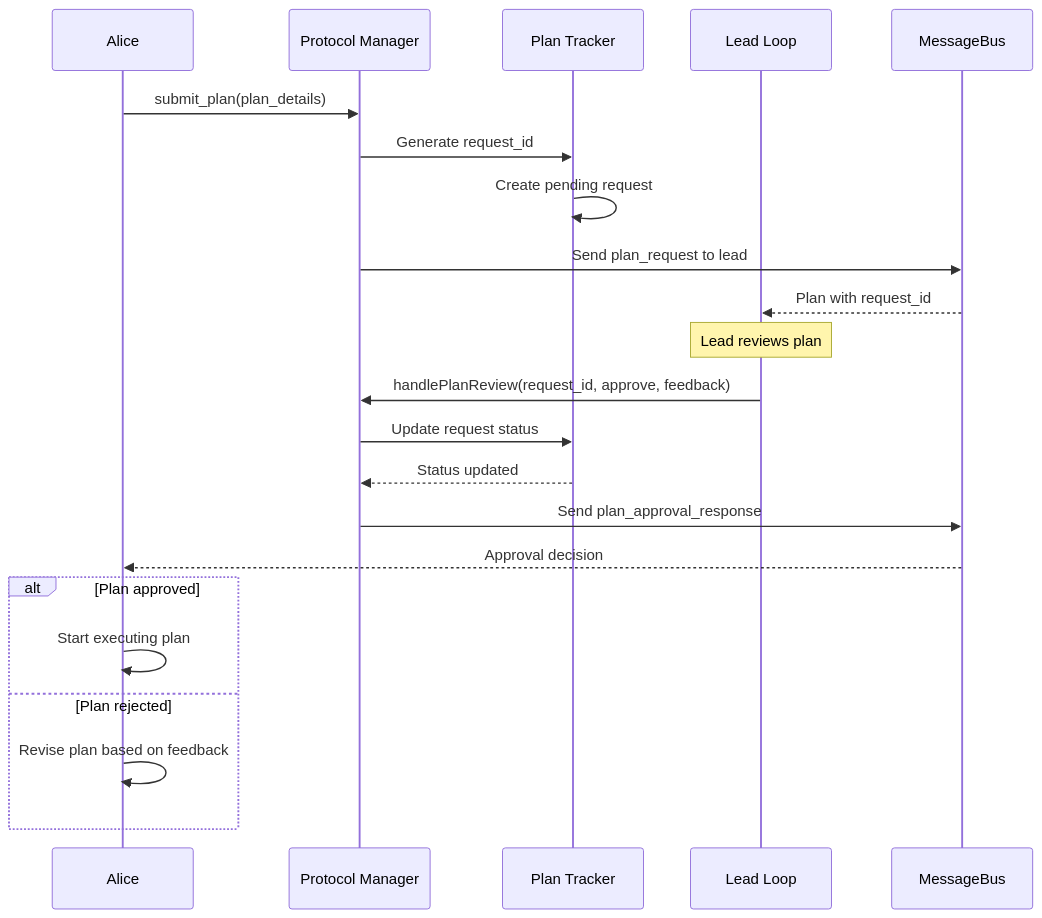
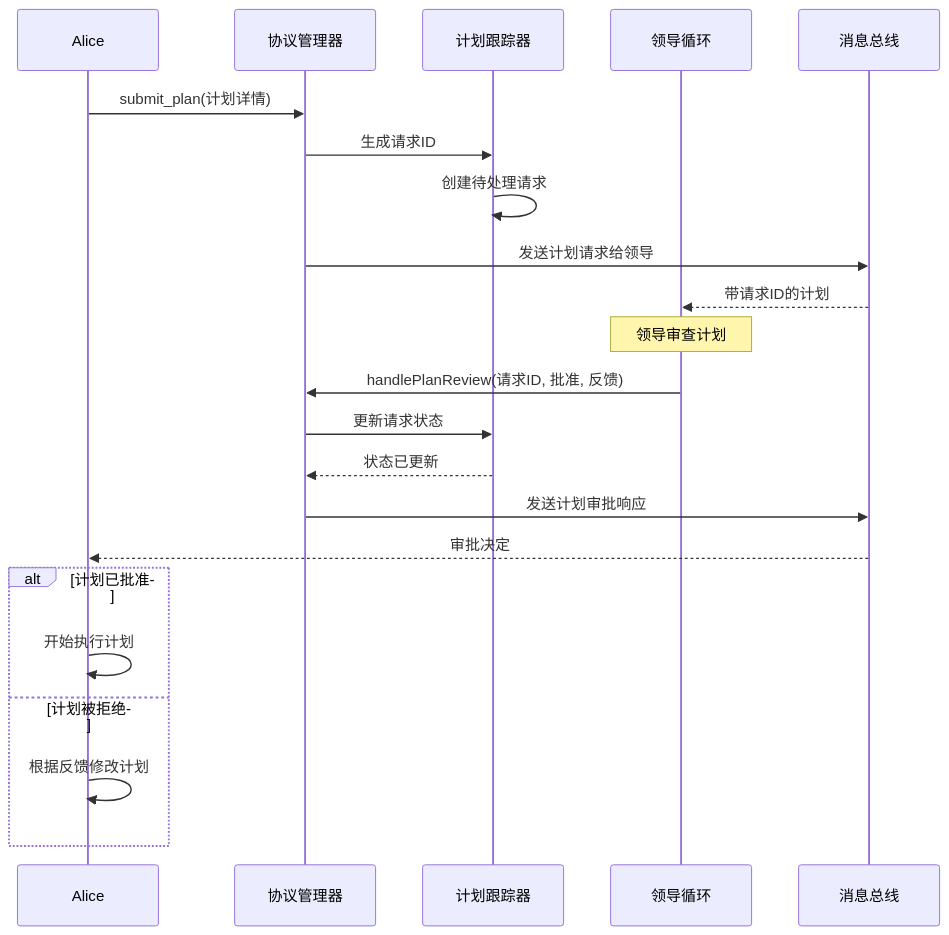
The third of 9 diagrams in s10/s10-team-protocols.md (duzhenxun/ai-agent-study), drawn with Mermaid before and after one commit. The commit also changed other lines of this file and 2 other files, not shown here.

````diff
--- a/s10/s10-team-protocols.md
+++ b/s10/s10-team-protocols.md
@@ -235,27 +235,27 @@
 ```mermaid
 sequenceDiagram
     participant Alice as Alice
-    participant ProtocolMgr as Protocol Manager
-    participant PlanTracker as Plan Tracker
-    participant LeadLoop as Lead Loop
-    participant MsgBus as MessageBus
+    participant ProtocolMgr as 协议管理器
+    participant PlanTracker as 计划跟踪器
+    participant LeadLoop as 领导循环
+    participant MsgBus as 消息总线
 
-    Alice->>ProtocolMgr: submit_plan(plan_details)
-    ProtocolMgr->>PlanTracker: Generate request_id
-    PlanTracker->>PlanTracker: Create pending request
-    ProtocolMgr->>MsgBus: Send plan_request to lead
-    MsgBus-->>LeadLoop: Plan with request_id
+    Alice->>ProtocolMgr: submit_plan(计划详情)
+    ProtocolMgr->>PlanTracker: 生成请求ID
+    PlanTracker->>PlanTracker: 创建待处理请求
+    ProtocolMgr->>MsgBus: 发送计划请求给领导
+    MsgBus-->>LeadLoop: 带请求ID的计划
 
-    Note over LeadLoop: Lead reviews plan
-    LeadLoop->>ProtocolMgr: handlePlanReview(request_id, approve, feedback)
-    ProtocolMgr->>PlanTracker: Update request status
-    PlanTracker-->>ProtocolMgr: Status updated
-    ProtocolMgr->>MsgBus: Send plan_approval_response
-    MsgBus-->>Alice: Approval decision
+    Note over LeadLoop: 领导审查计划
+    LeadLoop->>ProtocolMgr: handlePlanReview(请求ID, 批准, 反馈)
+    ProtocolMgr->>PlanTracker: 更新请求状态
+    PlanTracker-->>ProtocolMgr: 状态已更新
+    ProtocolMgr->>MsgBus: 发送计划审批响应
+    MsgBus-->>Alice: 审批决定
 
-    alt Plan approved
-        Alice->>Alice: Start executing plan
-    else Plan rejected
-        Alice->>Alice: Revise plan based on feedback
+    alt 计划已批准
+        Alice->>Alice: 开始执行计划
+    else 计划被拒绝
+        Alice->>Alice: 根据反馈修改计划
     end
 ```
````
